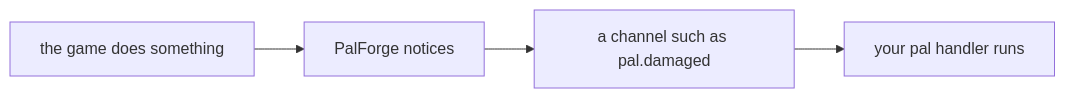
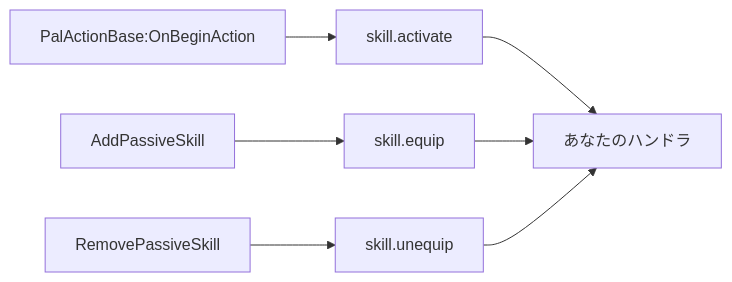
One commit to dr-mikan/PalForge changed the first of 4 diagrams in docs/content/docs/api/skill.ja.mdx. Above: the diagram before and after it, drawn with Mermaid. The commit also changed other lines of this file and 190 other files, not shown here.

````diff
--- a/docs/content/docs/api/skill.ja.mdx
+++ b/docs/content/docs/api/skill.ja.mdx
@@ -42,6 +45,9 @@
 ```mermaid
 flowchart LR
-  A["the game does something"] --> B["PalForge notices"]
-  B --> C["a channel such as pal.damaged"]
-  C --> D["your pal handler runs"]
+  A["PalActionBase:OnBeginAction"] --> B["skill.activate"]
+  C["AddPassiveSkill"] --> D["skill.equip"]
+  E["RemovePassiveSkill"] --> F["skill.unequip"]
+  B --> G["あなたのハンドラ"]
+  D --> G
+  F --> G
 ```
````
